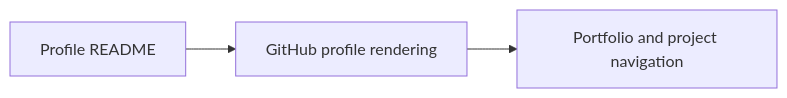
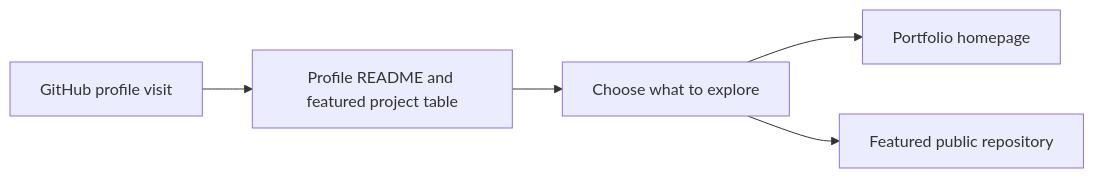
One commit to Klokesh493/Klokesh493 changed the diagram in docs/ARCHITECTURE.md. Above: the diagram before and after it, drawn with Mermaid. The commit also changed 1 other file, not shown here.

Commit message:
Show the project decision flow in its README

````diff
--- a/docs/ARCHITECTURE.md
+++ b/docs/ARCHITECTURE.md
@@ -5,7 +5,11 @@
 ```mermaid
 flowchart LR
-    N0["Profile README"]
-    N1["GitHub profile rendering"]
-    N2["Portfolio and project navigation"]
-    N0 --> N1 --> N2
+    A["GitHub profile visit"]
+    B["Profile README and featured project table"]
+    C["Choose what to explore"]
+    D["Portfolio homepage"]
+    E["Featured public repository"]
+    A --> B --> C
+    C --> D
+    C --> E
 ```
````
